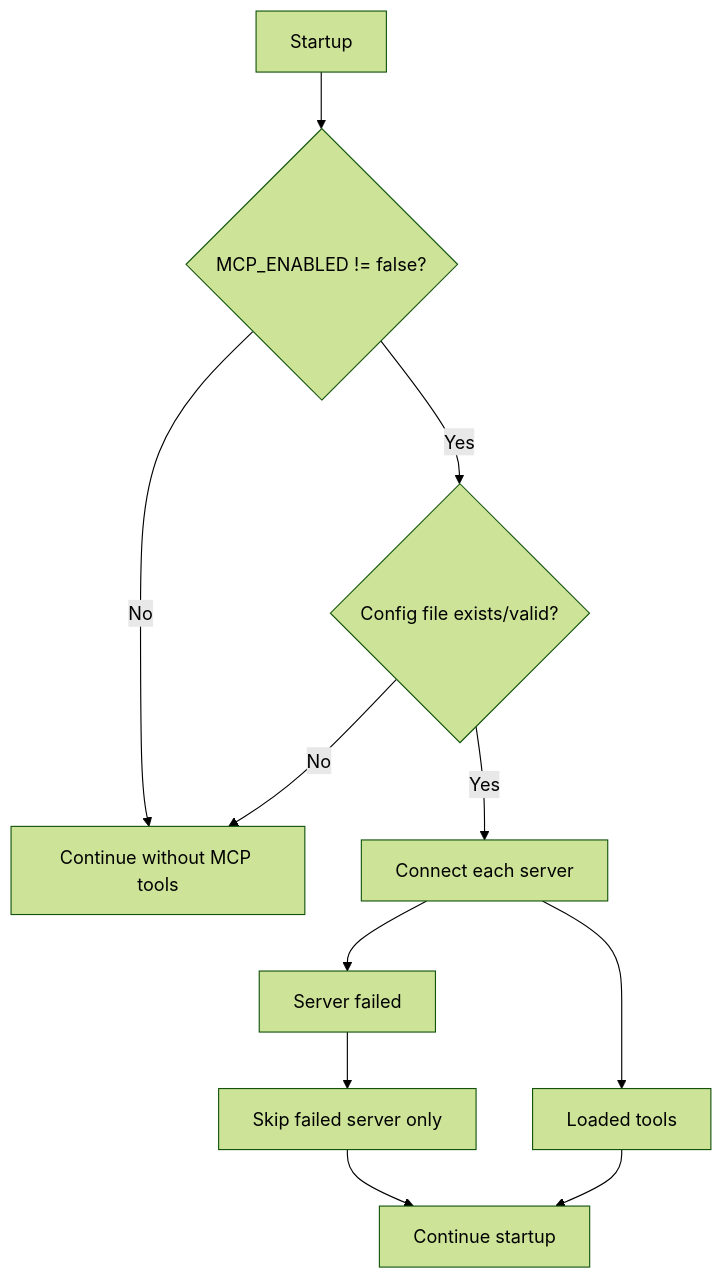
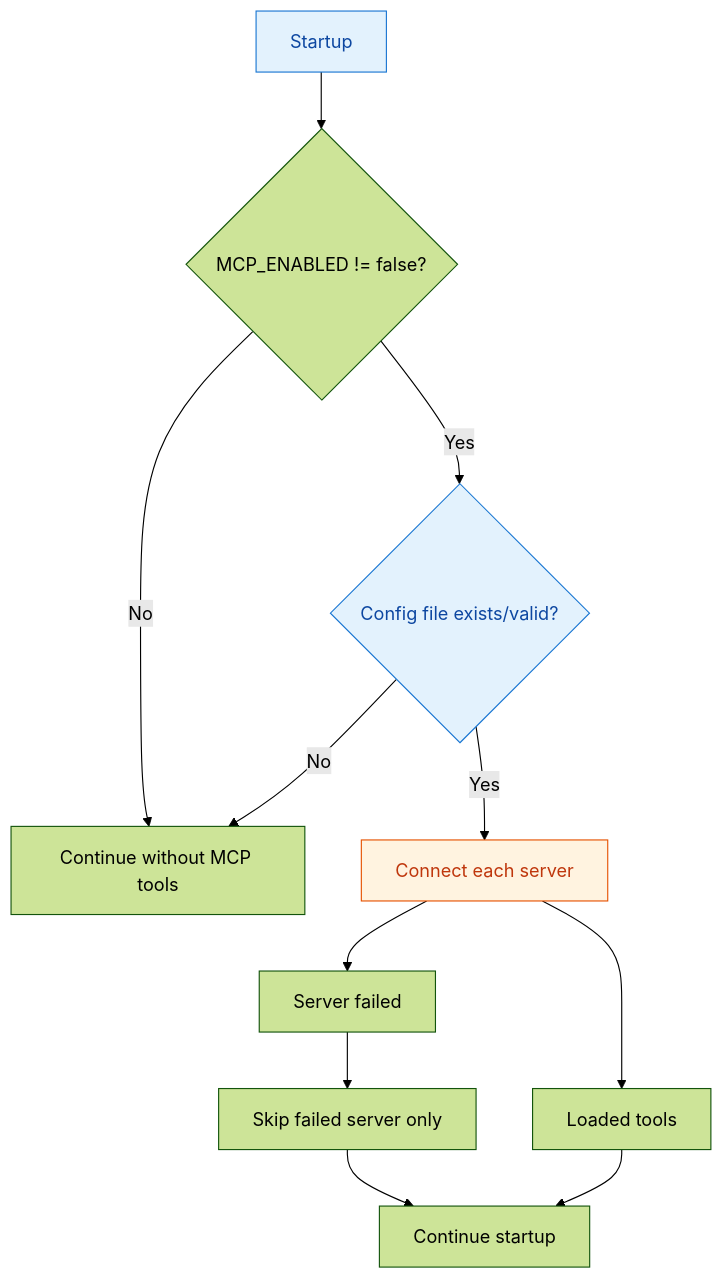
The second of 2 diagrams in docs/packages/mcp.md (Guebbit/AI-coding-assistant), drawn with Mermaid (forest theme) before and after one commit. The commit also changed 54 other files, not shown here.

First line of the commit message:
docs: add mermaid diagrams to quickstart & ollama-notes, color-code all flowcharts

````diff
--- a/docs/packages/mcp.md
+++ b/docs/packages/mcp.md
@@ -205,13 +205,16 @@
 ```mermaid
 flowchart TD
     Start["Startup"] --> Enabled{"MCP_ENABLED != false?"}
     Enabled -->|No| Continue["Continue without MCP tools"]
     Enabled -->|Yes| Config{"Config file exists/valid?"}
     Config -->|No| Continue
     Config -->|Yes| PerServer["Connect each server"]
     PerServer --> OK["Loaded tools"]
     PerServer --> Fail["Server failed"]
     Fail --> Skip["Skip failed server only"]
     Skip --> ContinueAll["Continue startup"]
     OK --> ContinueAll
+    style Start fill:#e3f2fd,stroke:#1976d2,color:#0d47a1
+    style PerServer fill:#fff3e0,stroke:#e65100,color:#bf360c
+    style Config fill:#e3f2fd,stroke:#1976d2,color:#0d47a1
 ```
````
